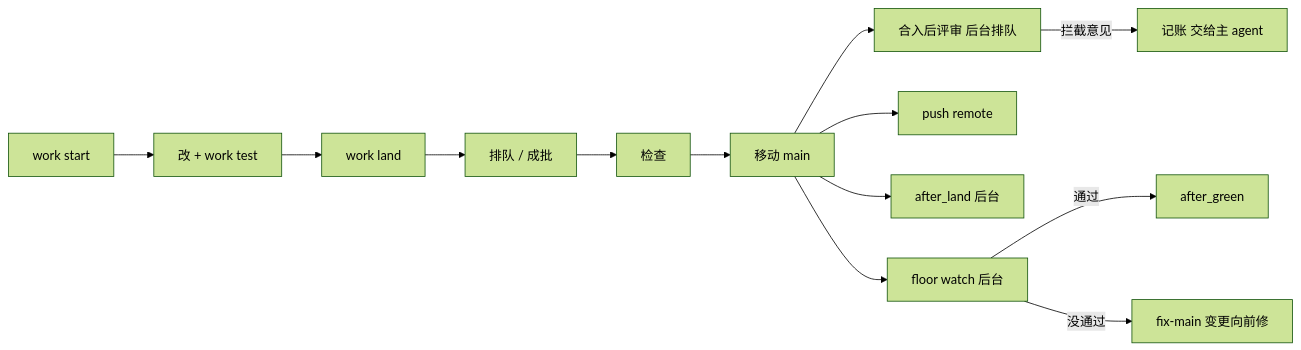
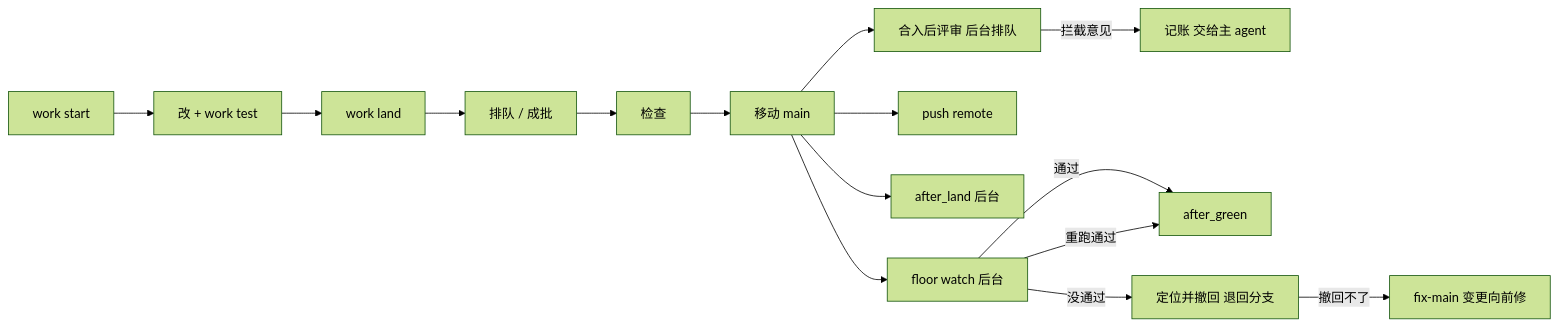
One commit to daniel1zz/canon changed the diagram in canon/architecture.md. Above: the diagram before and after it, drawn with Mermaid (forest theme). The commit also changed other lines of this file and 14 other files, not shown here.

````diff
--- a/canon/architecture.md
+++ b/canon/architecture.md
@@ -85,12 +85,14 @@
 ```mermaid
 flowchart LR
   A[work start] --> B[改 + work test] --> C[work land]
   C --> D[排队 / 成批]
   D --> E[检查]
   E --> F[移动 main]
   F --> L[合入后评审 后台排队] -->|拦截意见| M[记账 交给主 agent]
   F --> G[push remote]
   F --> H[after_land 后台]
   F --> I[floor watch 后台] -->|通过| J[after_green]
-  I -->|没通过| K[fix-main 变更向前修]
+  I -->|重跑通过| J
+  I -->|没通过| N[定位并撤回 退回分支]
+  N -->|撤回不了| K[fix-main 变更向前修]
 ```
````
